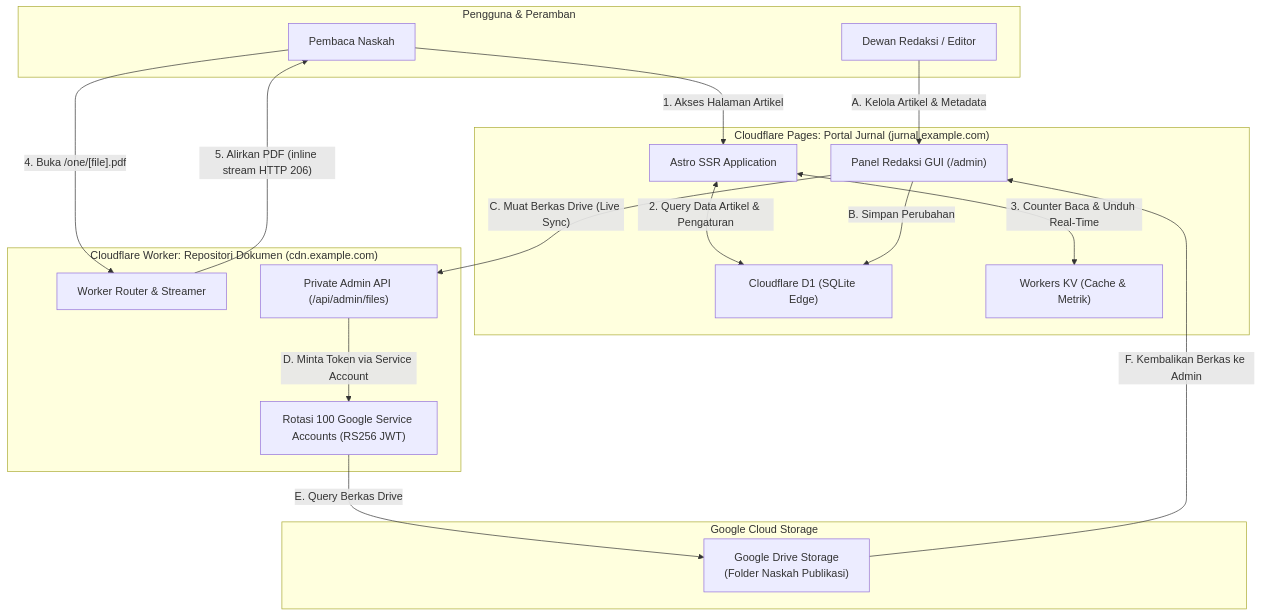
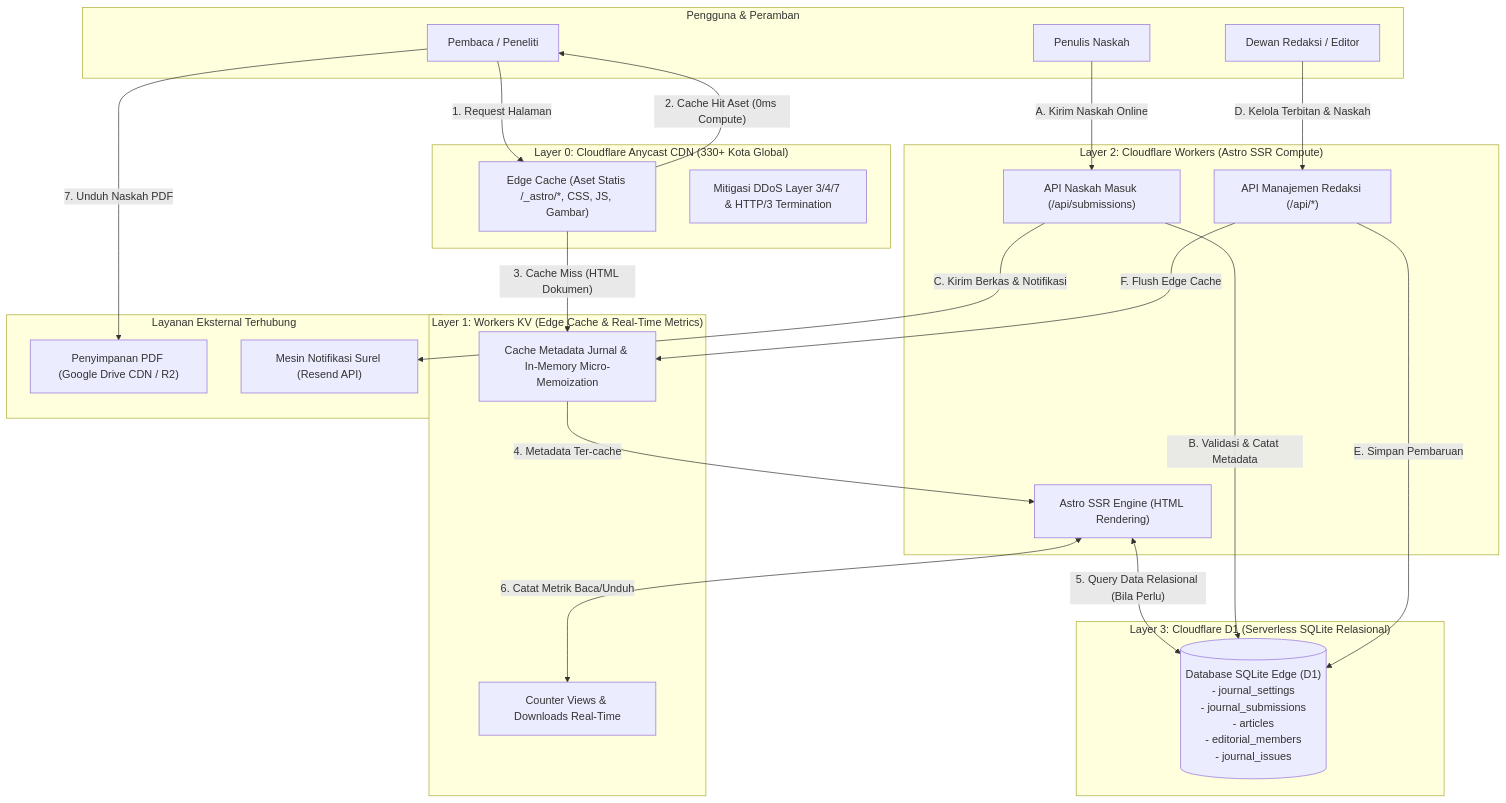
One commit to sonhak-18/Serverless-Open-Journal-System changed the first of 4 diagrams in README.md. Above: the diagram before and after it, drawn with Mermaid. The commit also changed other lines of this file and 56 other files, not shown here.

````diff
--- a/README.md
+++ b/README.md
@@ -9,37 +47,49 @@
 ```mermaid
 flowchart TD
     subgraph Client["Pengguna & Peramban"]
-        Visitor["Pembaca Naskah"]
+        Visitor["Pembaca / Peneliti"]
+        Author["Penulis Naskah"]
         Admin["Dewan Redaksi / Editor"]
     end
 
-    subgraph CloudflarePages["Cloudflare Pages: Portal Jurnal (jurnal.example.com)"]
-        AstroApp["Astro SSR Application"]
-        D1DB["Cloudflare D1 (SQLite Edge)"]
-        KVStore["Workers KV (Cache & Metrik)"]
-        AdminGUI["Panel Redaksi GUI (/admin)"]
+    subgraph Layer0["Layer 0: Cloudflare Anycast CDN (330+ Kota Global)"]
+        EdgeCDN["Edge Cache (Aset Statis /_astro/*, CSS, JS, Gambar)"]
+        DDoSShield["Mitigasi DDoS Layer 3/4/7 & HTTP/3 Termination"]
     end
 
-    subgraph RepositoryCDN["Cloudflare Worker: Repositori Dokumen (cdn.example.com)"]
-        WorkerRouter["Worker Router & Streamer"]
-        AdminAPI["Private Admin API (/api/admin/files)"]
-        SARotation["Rotasi 100 Google Service Accounts (RS256 JWT)"]
+    subgraph Layer1["Layer 1: Workers KV (Edge Cache & Real-Time Metrics)"]
+        KVCache["Cache Metadata Jurnal & In-Memory Micro-Memoization"]
+        KVStats["Counter Views & Downloads Real-Time"]
     end
 
-    subgraph GoogleDrive["Google Cloud Storage"]
-        DriveFolder["Google Drive Storage<br/>(Folder Naskah Publikasi)"]
+    subgraph Layer2["Layer 2: Cloudflare Workers (Astro SSR Compute)"]
+        SSRApp["Astro SSR Engine (HTML Rendering)"]
+        SubmissionsAPI["API Naskah Masuk (/api/submissions)"]
+        AdminAPI["API Manajemen Redaksi (/api/*)"]
     end
 
-    Visitor -->|"1. Akses Halaman Artikel"| AstroApp
-    AstroApp <-->|"2. Query Data Artikel & Pengaturan"| D1DB
-    AstroApp <-->|"3. Counter Baca & Unduh Real-Time"| KVStore
-    Visitor -->|"4. Buka /one/[file].pdf"| WorkerRouter
-    WorkerRouter -->|"5. Alirkan PDF (inline stream HTTP 206)"| Visitor
+    subgraph Layer3["Layer 3: Cloudflare D1 (Serverless SQLite Relasional)"]
+        D1DB[("Database SQLite Edge (D1)<br/>- journal_settings<br/>- journal_submissions<br/>- articles<br/>- editorial_members<br/>- journal_issues")]
+    end
 
-    Admin -->|"A. Kelola Artikel & Metadata"| AdminGUI
-    AdminGUI -->|"B. Simpan Perubahan"| D1DB
-    AdminGUI -->|"C. Muat Berkas Drive (Live Sync)"| AdminAPI
-    AdminAPI -->|"D. Minta Token via Service Account"| SARotation
-    SARotation -->|"E. Query Berkas Drive"| DriveFolder
-    DriveFolder -->|"F. Kembalikan Berkas ke Admin"| AdminGUI
+    subgraph ExternalServices["Layanan Eksternal Terhubung"]
+        DriveStorage["Penyimpanan PDF (Google Drive CDN / R2)"]
+        ResendEmail["Mesin Notifikasi Surel (Resend API)"]
+    end
+
+    Visitor -->|"1. Request Halaman"| EdgeCDN
+    EdgeCDN -->|"2. Cache Hit Aset (0ms Compute)"| Visitor
+    EdgeCDN -->|"3. Cache Miss (HTML Dokumen)"| KVCache
+    KVCache -->|"4. Metadata Ter-cache"| SSRApp
+    SSRApp <-->|"5. Query Data Relasional (Bila Perlu)"| D1DB
+    SSRApp <-->|"6. Catat Metrik Baca/Unduh"| KVStats
+    Visitor -->|"7. Unduh Naskah PDF"| DriveStorage
+
+    Author -->|"A. Kirim Naskah Online"| SubmissionsAPI
+    SubmissionsAPI -->|"B. Validasi & Catat Metadata"| D1DB
+    SubmissionsAPI -->|"C. Kirim Berkas & Notifikasi"| ResendEmail
+
+    Admin -->|"D. Kelola Terbitan & Naskah"| AdminAPI
+    AdminAPI -->|"E. Simpan Pembaruan"| D1DB
+    AdminAPI -->|"F. Flush Edge Cache"| KVCache
 ```
````
